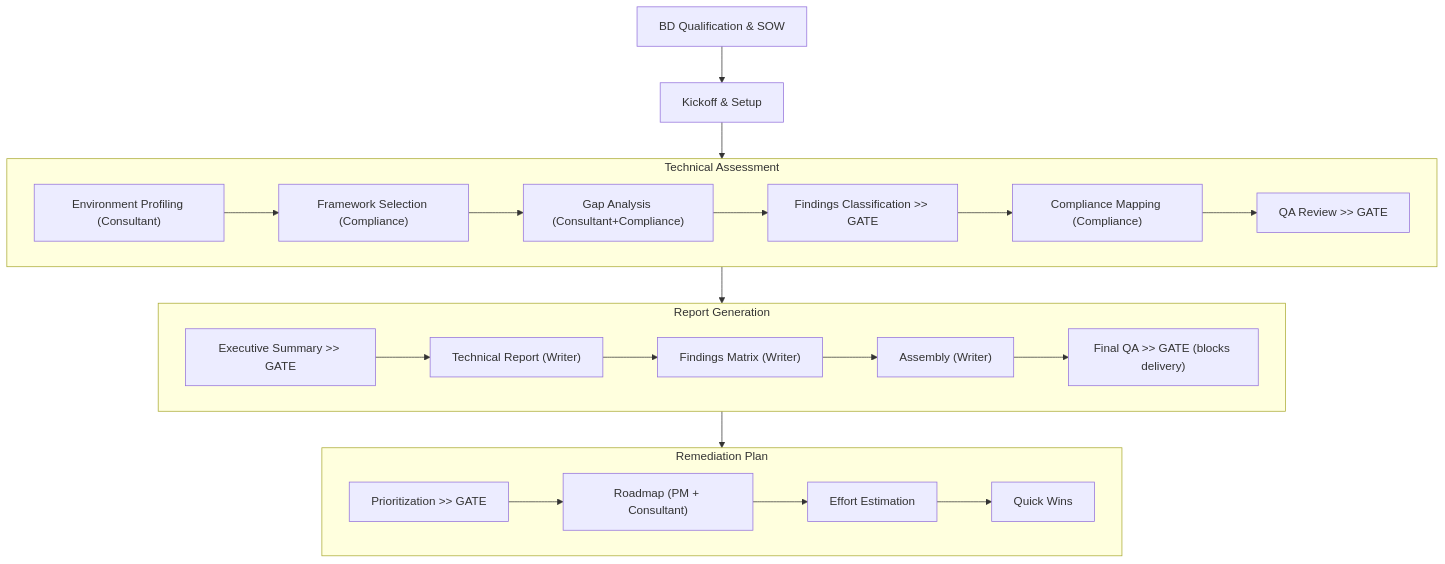
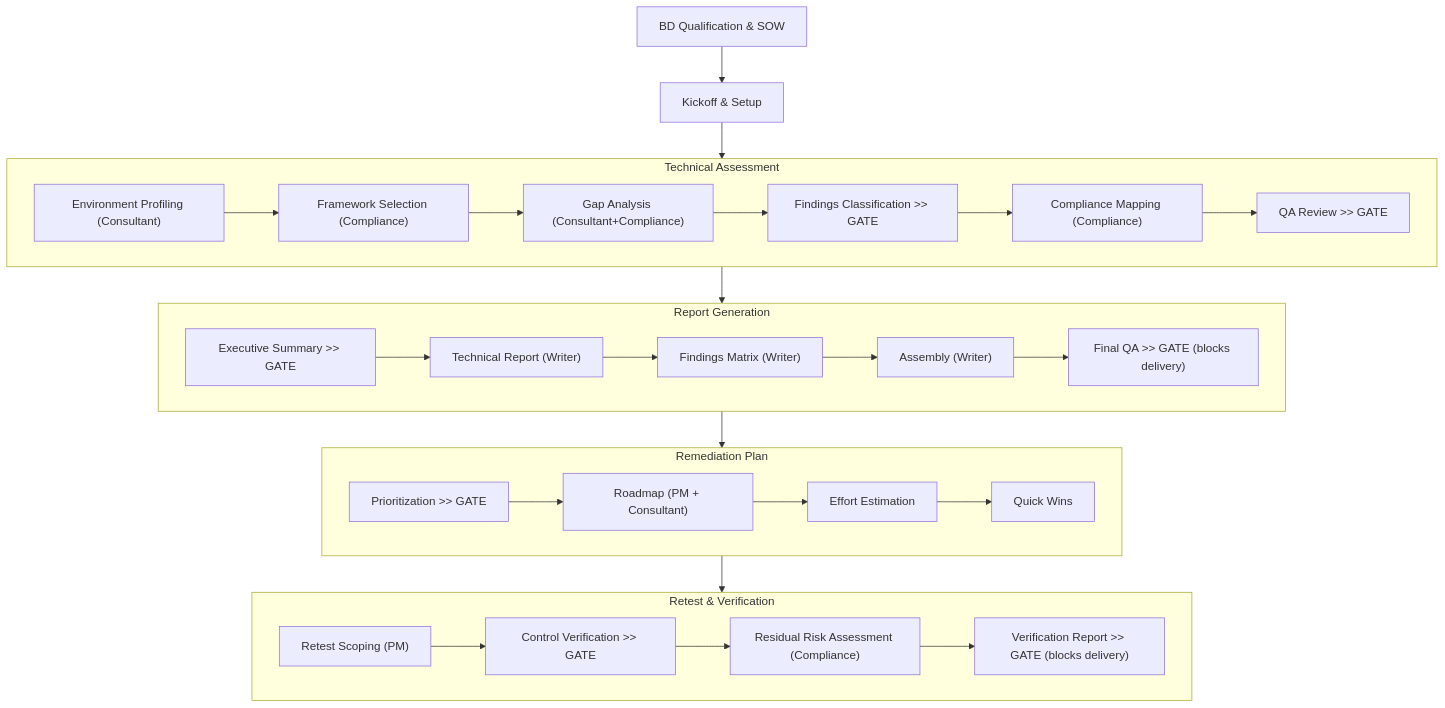
Before and after one commit to adamson34/crew: the diagram in README.md, drawn with Mermaid. The commit also changed other lines of this file, not shown here.

First line of the commit message:
Update README for CI, dev/main split, retest-verification, and cloud-security

````diff
--- a/README.md
+++ b/README.md
@@ -60,36 +62,46 @@
 ```mermaid
 graph TD
     bd["BD Qualification & SOW"] --> kickoff["Kickoff & Setup"]
     kickoff --> assessment
 
     subgraph assessment["Technical Assessment"]
         a1["Environment Profiling (Consultant)"]
         a2["Framework Selection (Compliance)"]
         a3["Gap Analysis (Consultant+Compliance)"]
         a4["Findings Classification >> GATE"]
         a5["Compliance Mapping (Compliance)"]
         a6["QA Review >> GATE"]
         a1 --> a2 --> a3 --> a4 --> a5 --> a6
     end
 
     assessment --> report
 
     subgraph report["Report Generation"]
         r1["Executive Summary >> GATE"]
         r2["Technical Report (Writer)"]
         r3["Findings Matrix (Writer)"]
         r4["Assembly (Writer)"]
         r5["Final QA >> GATE (blocks delivery)"]
         r1 --> r2 --> r3 --> r4 --> r5
     end
 
     report --> remed
 
     subgraph remed["Remediation Plan"]
         m1["Prioritization >> GATE"]
         m2["Roadmap (PM + Consultant)"]
         m3["Effort Estimation"]
         m4["Quick Wins"]
         m1 --> m2 --> m3 --> m4
     end
+
+    remed --> retest
+
+    subgraph retest["Retest & Verification"]
+        v1["Retest Scoping (PM)"]
+        v2["Control Verification >> GATE"]
+        v3["Residual Risk Assessment (Compliance)"]
+        v4["Verification Report >> GATE (blocks delivery)"]
+        v1 --> v2 --> v3 --> v4
+    end
 ```
````
